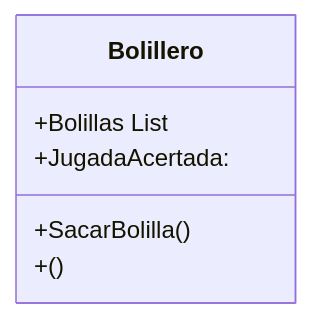
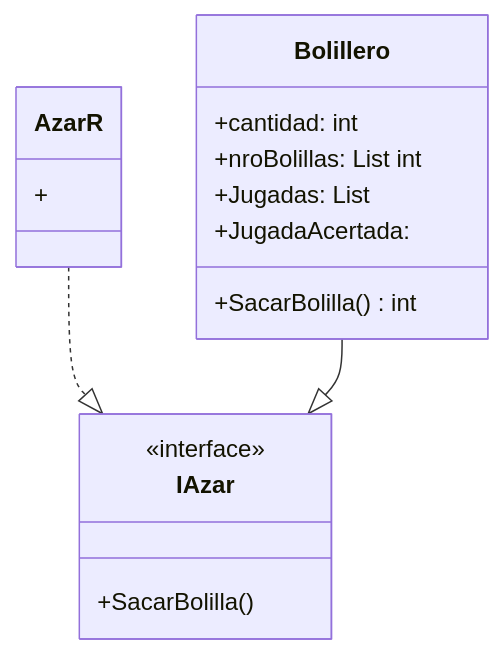
One commit to abrilchauq/Bolillero changed the diagram in docs/README.md. Above: the diagram before and after it, drawn with Mermaid. The commit also changed 1 other file, not shown here.

Commit message:
IAzar, AzarR

````diff
--- a/docs/README.md
+++ b/docs/README.md
@@ -3,11 +3,24 @@
 ```mermaid
 classDiagram
     class Bolillero{
-        +Bolillas List
-        +JugadaAcertada: 
+        +cantidad: int 
+        +nroBolillas: List int
+        +Jugadas: List
+        +JugadaAcertada:
+        +SacarBolilla() int
+    }
+
+    class IAzar{
+        <<interface>>
         +SacarBolilla()
-        +()
+    }
+
+    class AzarR{
+        +
     }
 
 
+AzarR ..|> IAzar
+Bolillero --|> IAzar
+
 ```
````
